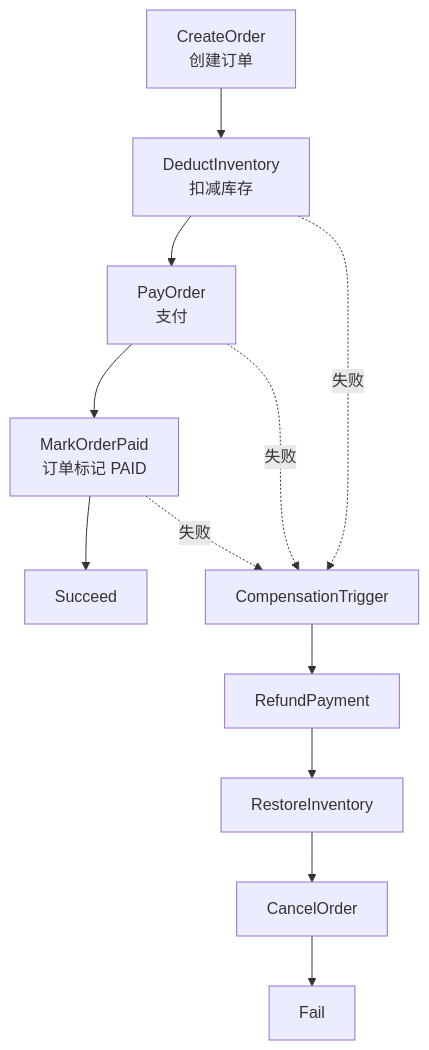
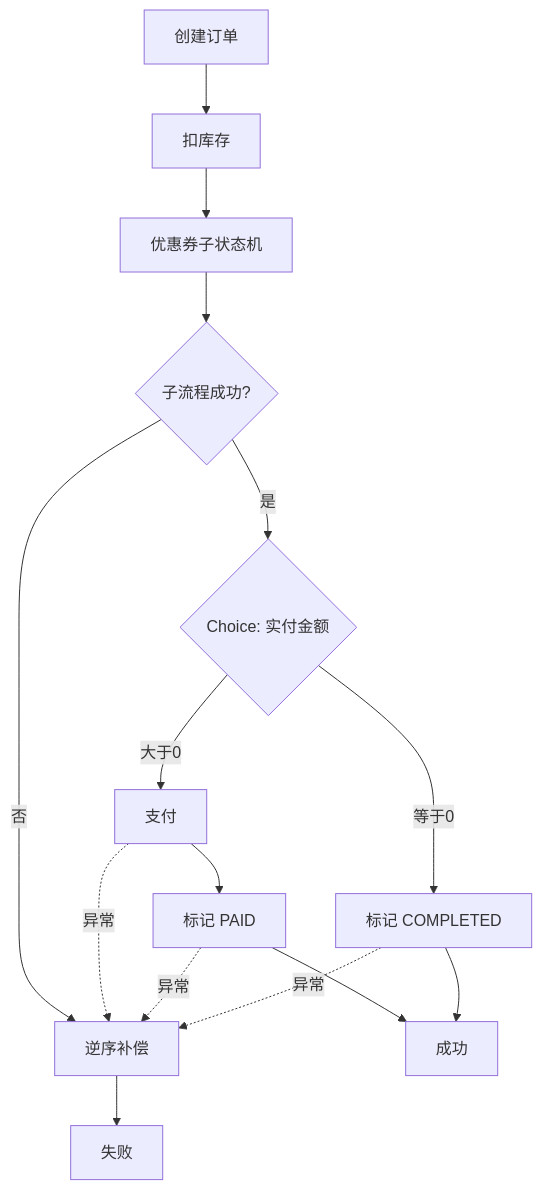
One commit to liguoyao/seata-saga-demo changed the diagram in README.md. Above: the diagram before and after it, drawn with Mermaid. The commit also changed other lines of this file and 14 other files, not shown here.

````diff
--- a/README.md
+++ b/README.md
@@ -54,15 +56,17 @@
 ```mermaid
 flowchart TD
-    A[CreateOrder\n创建订单] --> B[DeductInventory\n扣减库存]
-    B --> C[PayOrder\n支付]
-    C --> D[MarkOrderPaid\n订单标记 PAID]
-    D --> E[Succeed]
-
-    B -. 失败 .-> X[CompensationTrigger]
-    C -. 失败 .-> X
-    D -. 失败 .-> X
-    X --> R1[RefundPayment]
-    R1 --> R2[RestoreInventory]
-    R2 --> R3[CancelOrder]
-    R3 --> F[Fail]
+    A[创建订单] --> B[扣库存]
+    B --> C[优惠券子状态机]
+    C --> R{子流程成功?}
+    R -- 否 --> X[逆序补偿]
+    R -- 是 --> D{Choice: 实付金额}
+    D -- 大于0 --> P[支付]
+    P --> U[标记 PAID]
+    D -- 等于0 --> Z[标记 COMPLETED]
+    U --> S[成功]
+    Z --> S
+    P -. 异常 .-> X
+    U -. 异常 .-> X
+    Z -. 异常 .-> X
+    X --> F[失败]
 ```
````
